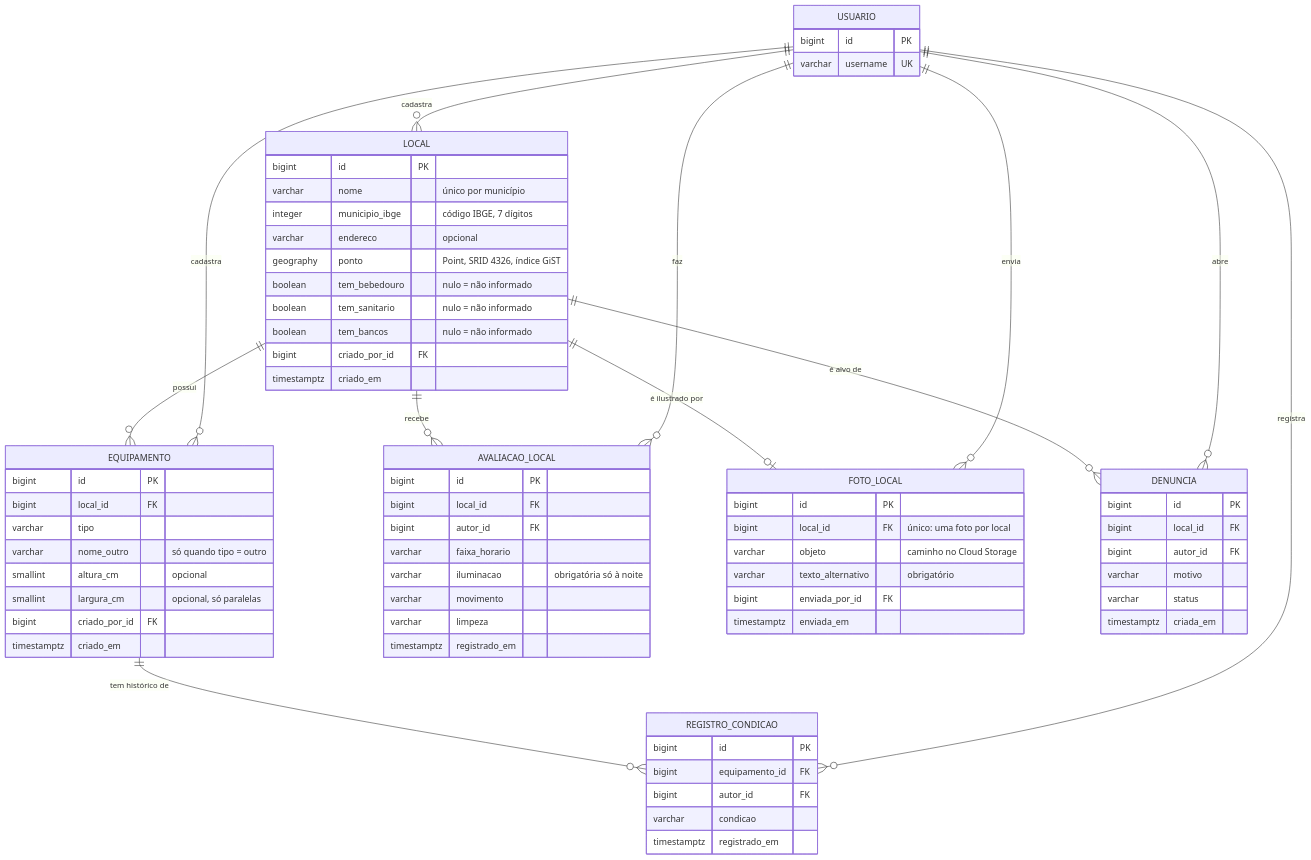
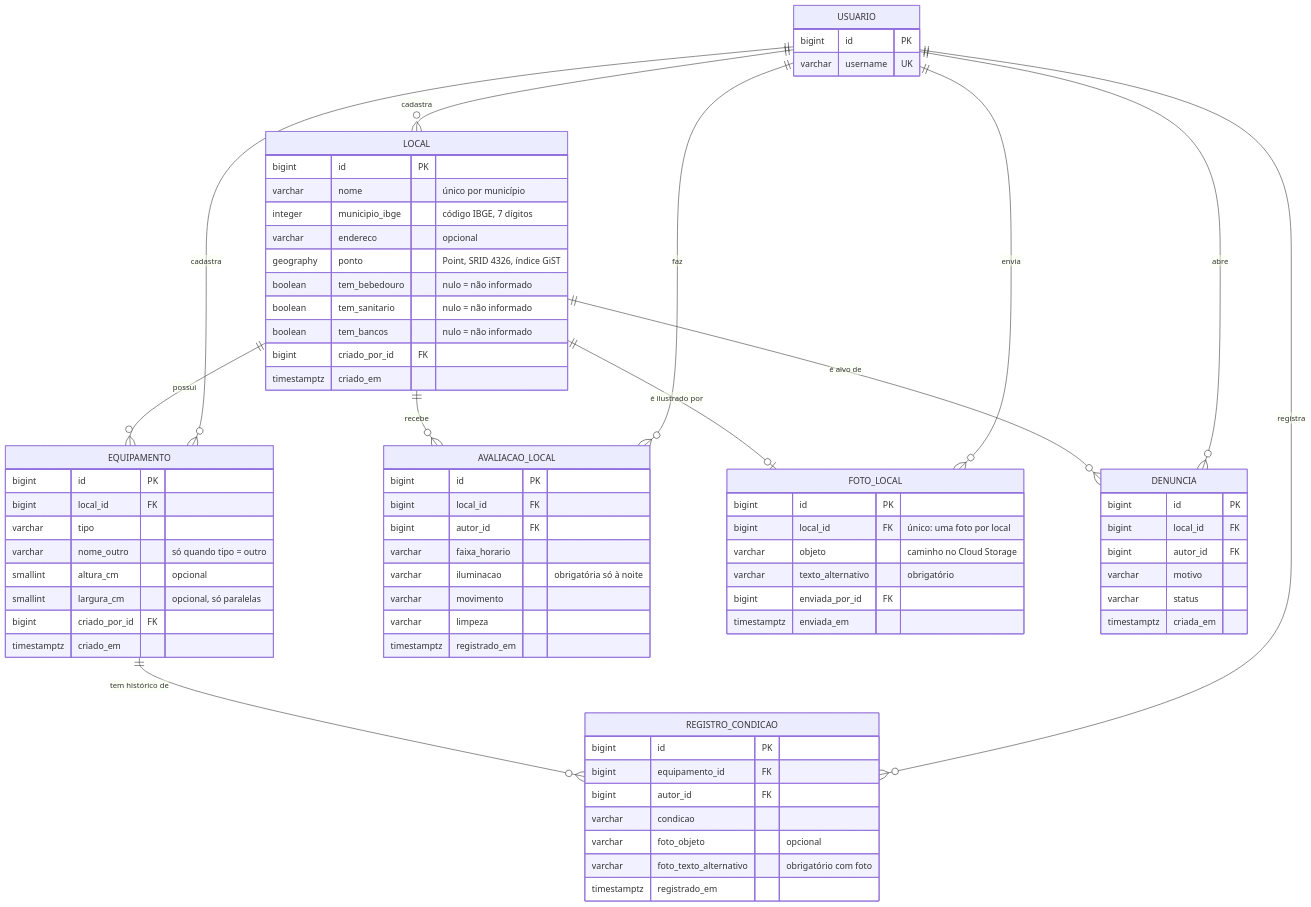
One commit to eglito/Projeto-Integrador-II changed the diagram in Docs/modelo_dados.md. Above: the diagram before and after it, drawn with Mermaid. The commit also changed other lines of this file and 1 other file, not shown here.

````diff
--- a/Docs/modelo_dados.md
+++ b/Docs/modelo_dados.md
@@ -12,74 +12,76 @@
 ```mermaid
 erDiagram
     USUARIO ||--o{ LOCAL : cadastra
     LOCAL ||--o{ EQUIPAMENTO : possui
     USUARIO ||--o{ EQUIPAMENTO : cadastra
     EQUIPAMENTO ||--o{ REGISTRO_CONDICAO : "tem histórico de"
     USUARIO ||--o{ REGISTRO_CONDICAO : registra
     LOCAL ||--o{ AVALIACAO_LOCAL : recebe
     USUARIO ||--o{ AVALIACAO_LOCAL : faz
     LOCAL ||--o| FOTO_LOCAL : "é ilustrado por"
     USUARIO ||--o{ FOTO_LOCAL : envia
     LOCAL ||--o{ DENUNCIA : "é alvo de"
     USUARIO ||--o{ DENUNCIA : abre
 
     USUARIO {
         bigint id PK
         varchar username UK
     }
     LOCAL {
         bigint id PK
         varchar nome "único por município"
         integer municipio_ibge "código IBGE, 7 dígitos"
         varchar endereco "opcional"
         geography ponto "Point, SRID 4326, índice GiST"
         boolean tem_bebedouro "nulo = não informado"
         boolean tem_sanitario "nulo = não informado"
         boolean tem_bancos "nulo = não informado"
         bigint criado_por_id FK
         timestamptz criado_em
     }
     EQUIPAMENTO {
         bigint id PK
         bigint local_id FK
         varchar tipo
         varchar nome_outro "só quando tipo = outro"
         smallint altura_cm "opcional"
         smallint largura_cm "opcional, só paralelas"
         bigint criado_por_id FK
         timestamptz criado_em
     }
     REGISTRO_CONDICAO {
         bigint id PK
         bigint equipamento_id FK
         bigint autor_id FK
         varchar condicao
+        varchar foto_objeto "opcional"
+        varchar foto_texto_alternativo "obrigatório com foto"
         timestamptz registrado_em
     }
     AVALIACAO_LOCAL {
         bigint id PK
         bigint local_id FK
         bigint autor_id FK
         varchar faixa_horario
         varchar iluminacao "obrigatória só à noite"
         varchar movimento
         varchar limpeza
         timestamptz registrado_em
     }
     FOTO_LOCAL {
         bigint id PK
         bigint local_id FK "único: uma foto por local"
         varchar objeto "caminho no Cloud Storage"
         varchar texto_alternativo "obrigatório"
         bigint enviada_por_id FK
         timestamptz enviada_em
     }
     DENUNCIA {
         bigint id PK
         bigint local_id FK
         bigint autor_id FK
         varchar motivo
         varchar status
         timestamptz criada_em
     }
 ```
````
